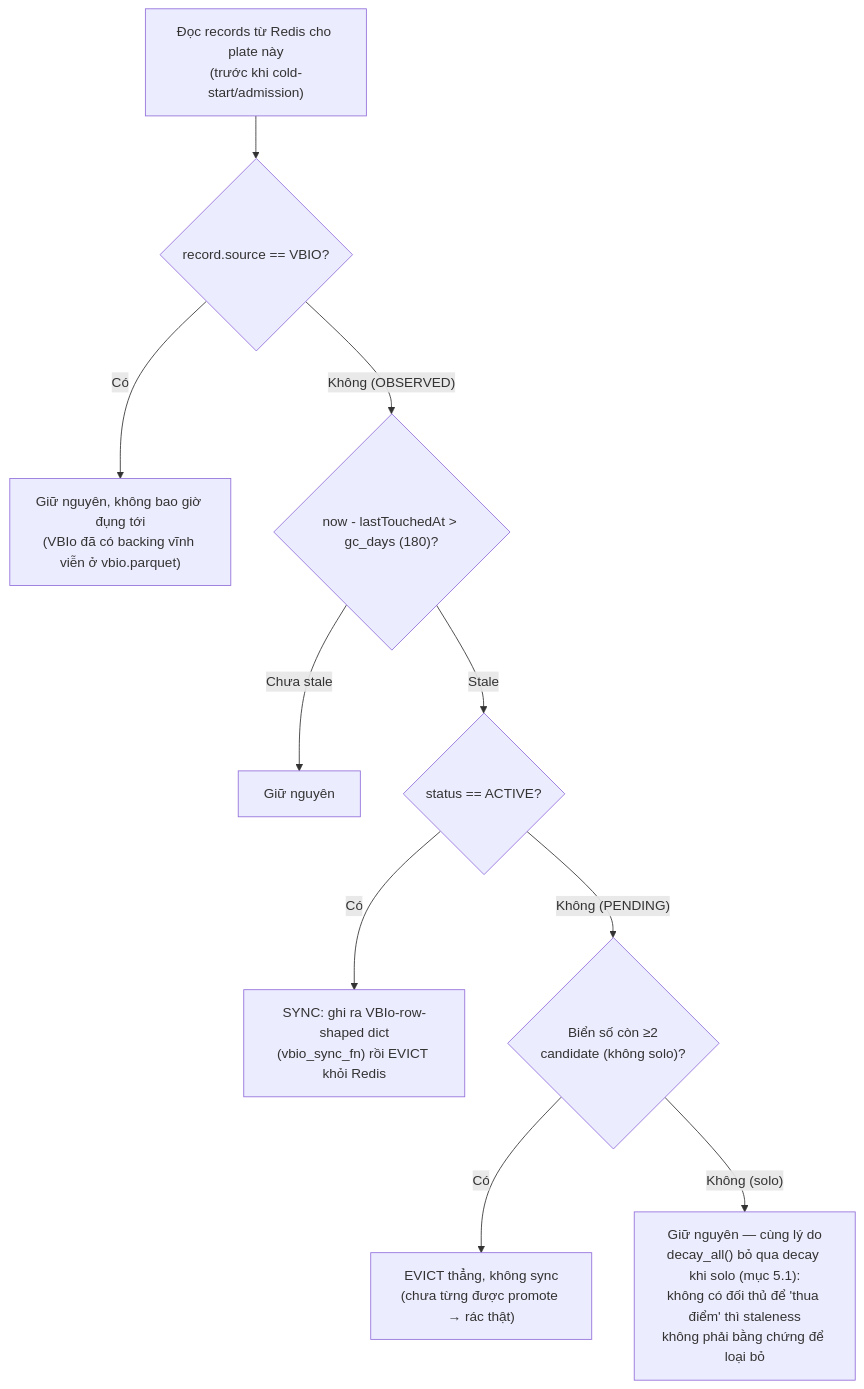
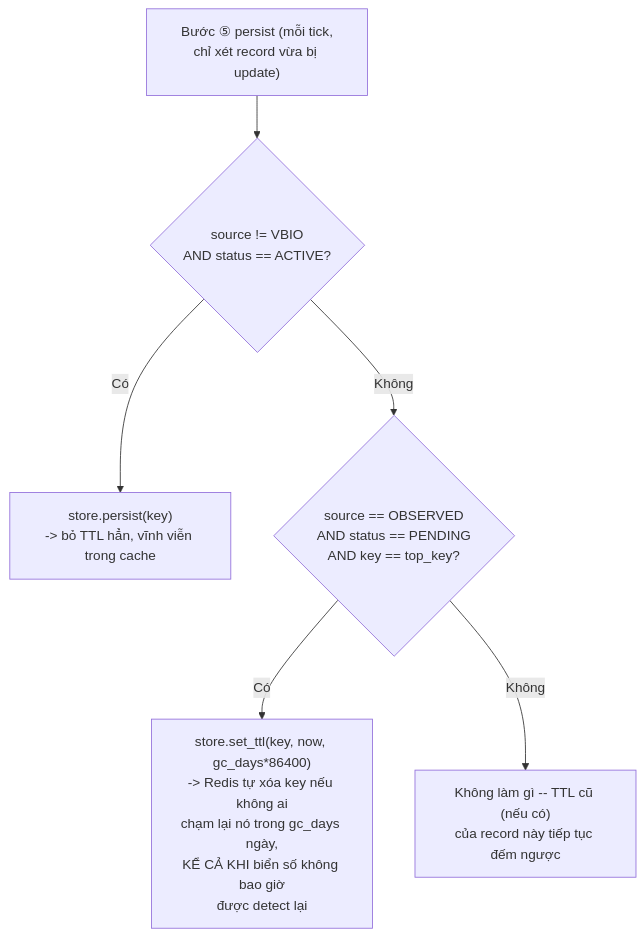
Before and after one commit to vklinhhh/super-potato: the sixth of 6 diagrams in ENGINE_LOGIC_FLOW.md, drawn with Mermaid. The commit also changed other lines of this file and 7 other files, not shown here.

````diff
--- a/ENGINE_LOGIC_FLOW.md
+++ b/ENGINE_LOGIC_FLOW.md
@@ -315,12 +329,8 @@
 ```mermaid
 flowchart TD
-    G0["Đọc records từ Redis cho plate này\n(trước khi cold-start/admission)"] --> G1{"record.source == VBIO?"}
-    G1 -- Có --> GKeep["Giữ nguyên, không bao giờ đụng tới\n(VBIo đã có backing vĩnh viễn ở vbio.parquet)"]
-    G1 -- Không (OBSERVED) --> G2{"now - lastTouchedAt > gc_days (180)?"}
-    G2 -- Chưa stale --> GKeep2["Giữ nguyên"]
-    G2 -- Stale --> G3{"status == ACTIVE?"}
-    G3 -- Có --> G4["SYNC: ghi ra VBIo-row-shaped dict\n(vbio_sync_fn) rồi EVICT khỏi Redis"]
-    G3 -- Không (PENDING) --> G5{"Biển số còn ≥2\ncandidate (không solo)?"}
-    G5 -- Có --> G6["EVICT thẳng, không sync\n(chưa từng được promote → rác thật)"]
-    G5 -- Không (solo) --> GKeep3["Giữ nguyên — cùng lý do\ndecay_all() bỏ qua decay khi solo (mục 5.1):\nkhông có đối thủ để 'thua điểm' thì staleness\nkhông phải bằng chứng để loại bỏ"]
+    P0["Bước ⑤ persist (mỗi tick,\nchỉ xét record vừa bị update)"] --> P1{"source != VBIO\nAND status == ACTIVE?"}
+    P1 -- Có --> P2["store.persist(key)\n-> bỏ TTL hẳn, vĩnh viễn trong cache"]
+    P1 -- Không --> P3{"source == OBSERVED\nAND status == PENDING\nAND key == top_key?"}
+    P3 -- Có --> P4["store.set_ttl(key, now, gc_days*86400)\n-> Redis tự xóa key nếu không ai\nchạm lại nó trong gc_days ngày,\nKỂ CẢ KHI biển số không bao giờ\nđược detect lại"]
+    P3 -- Không --> P5["Không làm gì -- TTL cũ (nếu có)\ncủa record này tiếp tục đếm ngược"]
 ```
````
